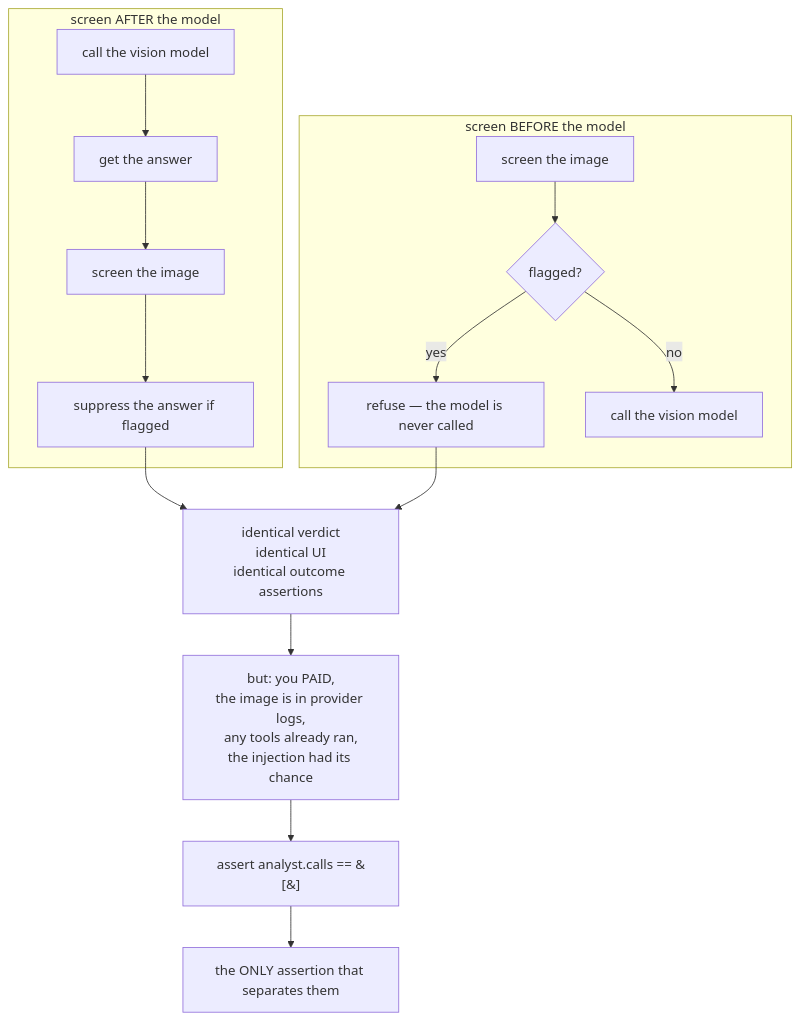
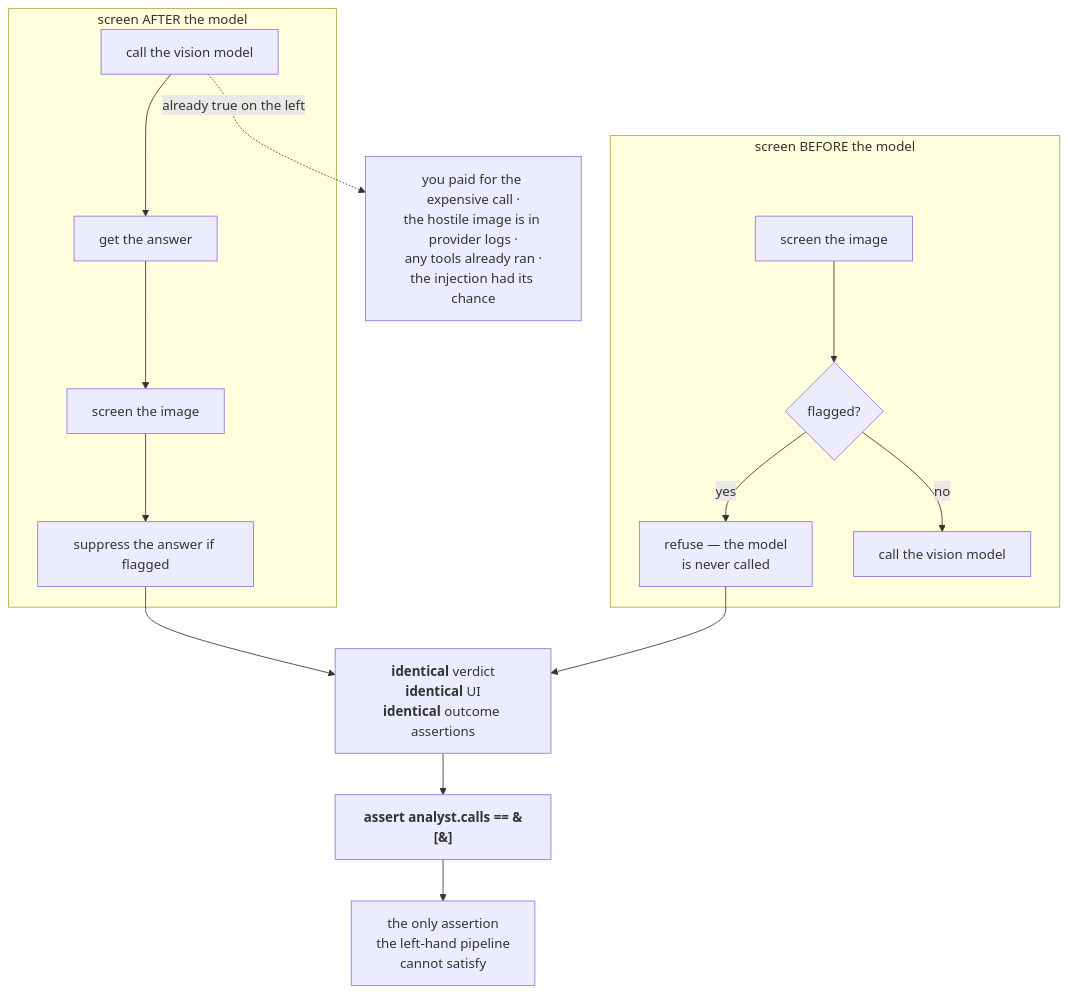
The second of 5 diagrams in docs/teaching/vision/40-diagrams.md (yrevash/aegis), drawn with Mermaid before and after one commit. The commit also changed other lines of this file and 111 other files, not shown here.

````diff
--- a/docs/teaching/vision/40-diagrams.md
+++ b/docs/teaching/vision/40-diagrams.md
@@ -74,22 +55,22 @@
 ```mermaid
 flowchart TB
     subgraph WRONG["screen AFTER the model"]
         W1["call the vision model"] --> W2["get the answer"]
         W2 --> W3["screen the image"]
         W3 --> W4["suppress the answer if flagged"]
     end
 
     subgraph RIGHT["screen BEFORE the model"]
         R1["screen the image"] --> R2{"flagged?"}
-        R2 -->|yes| R3["refuse — the model is never called"]
+        R2 -->|yes| R3["refuse — the model<br/>is never called"]
         R2 -->|no| R4["call the vision model"]
     end
 
-    W4 --> SAME["identical verdict<br/>identical UI<br/>identical outcome assertions"]
+    W4 --> SAME["<b>identical</b> verdict<br/><b>identical</b> UI<br/><b>identical</b> outcome assertions"]
     R3 --> SAME
 
-    SAME --> DIFF["but: you PAID,<br/>the image is in provider logs,<br/>any tools already ran,<br/>the injection had its chance"]
+    W1 -.->|"already true on the left"| COST["you paid for the expensive call ·<br/>the hostile image is in provider logs ·<br/>any tools already ran ·<br/>the injection had its chance"]
 
-    DIFF --> TEST["assert analyst.calls == &#91;&#93;"]
-    TEST --> ONLY["the ONLY assertion that separates them"]
+    SAME --> TEST["<b>assert analyst.calls == &#91;&#93;</b>"]
+    TEST --> ONLY["the only assertion<br/>the left-hand pipeline<br/>cannot satisfy"]
 ```
````
